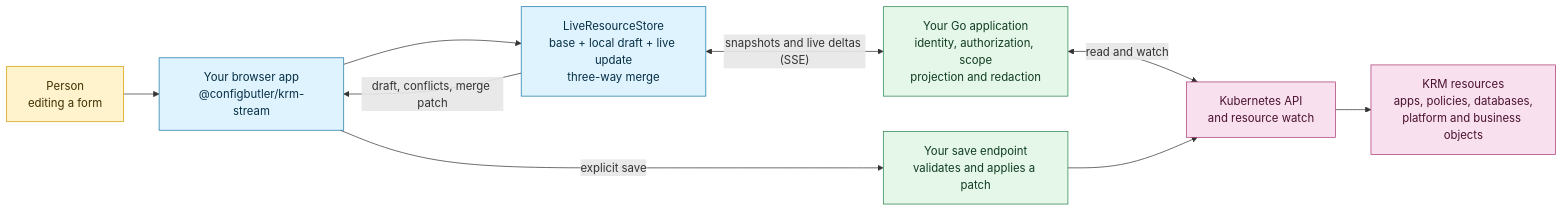
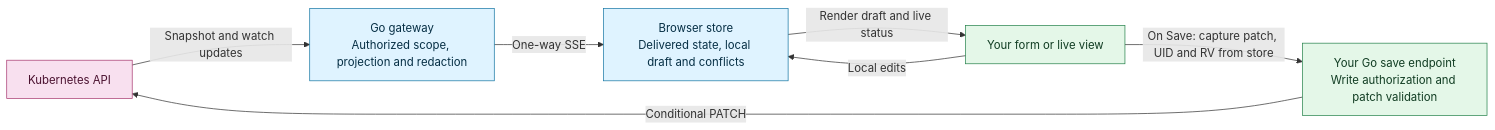
One commit to ConfigButler/krm-stream changed the diagram in README.md. Above: the diagram before and after it, drawn with Mermaid. The commit also changed other lines of this file and 18 other files, not shown here.

````diff
--- a/README.md
+++ b/README.md
@@ -68,26 +68,22 @@
 ```mermaid
 flowchart LR
-  person["Person\nediting a form"]
-  browser["Your browser app\n@configbutler/krm-stream"]
-  store["LiveResourceStore\nbase + local draft + live update\nthree-way merge"]
-  host["Your Go application\nidentity, authorization, scope\nprojection and redaction"]
-  api["Kubernetes API\nand resource watch"]
-  resources["KRM resources\napps, policies, databases,\nplatform and business objects"]
-  save["Your save endpoint\nvalidates and applies a patch"]
+  api["Kubernetes API"]
+  gateway["Go gateway<br/>Authorized scope, projection and redaction"]
+  store["Browser store<br/>Delivered state, local draft and conflicts"]
+  ui["Your form or live view"]
+  save["Your Go save endpoint<br/>Write authorization and patch validation"]
 
-  person --> browser --> store
-  store <-->|"snapshots and live deltas (SSE)"| host
-  host <-->|"read and watch"| api --> resources
-  store -->|"draft, conflicts, merge patch"| browser
-  browser -->|"explicit save"| save --> api
+  api -->|"Snapshot and watch updates"| gateway
+  gateway -->|"One-way SSE"| store
+  store -->|"Render draft and live status"| ui
+  ui -->|"Local edits"| store
+  ui -->|"On Save: capture patch, UID and RV from store"| save
+  save -->|"Conditional PATCH"| api
 
-  classDef person fill:#fff3cd,stroke:#d39e00,color:#3f3000;
-  classDef browser fill:#dff3ff,stroke:#1677a4,color:#062f45;
-  classDef host fill:#e4f7e8,stroke:#27834c,color:#113d23;
-  classDef api fill:#f8e0ef,stroke:#a83970,color:#4b1230;
-  classDef store fill:#ede7ff,stroke:#6750a4,color:#2d1e5c;
-  class person person;
-  class browser,store browser;
-  class host,save host;
-  class api,resources api;
+  classDef library fill:#dff3ff,stroke:#1677a4,color:#062f45;
+  classDef application fill:#e4f7e8,stroke:#27834c,color:#113d23;
+  classDef upstream fill:#f8e0ef,stroke:#a83970,color:#4b1230;
+  class gateway,store library;
+  class save,ui application;
+  class api upstream;
 ```
````
